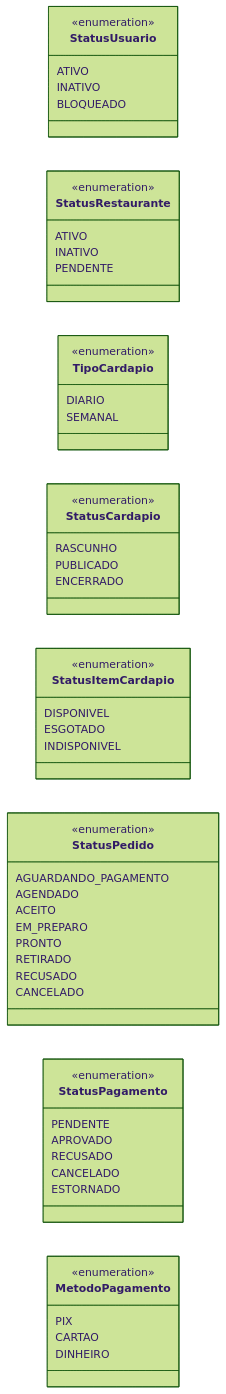
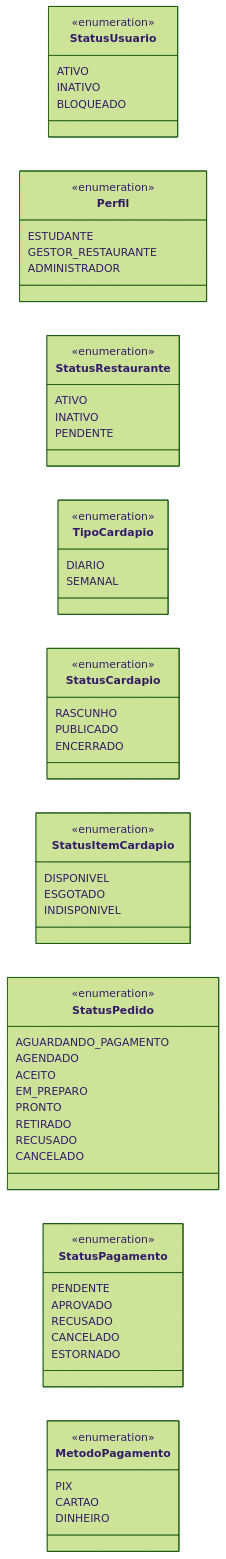
Before and after one commit to henriquesantos007/Sistema-de-Agendamento-de-Almoco: the seventh of 8 diagrams in docs/08-projeto.md, drawn with Mermaid (forest theme). The commit also changed other lines of this file, not shown here.

````diff
--- a/docs/08-projeto.md
+++ b/docs/08-projeto.md
@@ -1012,60 +1039,66 @@
 ```mermaid
 %%{init: {"flowchart": {"useMaxWidth": false}, "class": {"useMaxWidth": false}, "sequence": {"useMaxWidth": false}, "state": {"useMaxWidth": false}}}%%
 classDiagram
     direction LR
 
     class StatusUsuario {
         <<enumeration>>
         ATIVO
         INATIVO
         BLOQUEADO
+    }
+    class Perfil {
+        <<enumeration>>
+        ESTUDANTE
+        GESTOR_RESTAURANTE
+        ADMINISTRADOR
     }
     class StatusRestaurante {
         <<enumeration>>
         ATIVO
         INATIVO
         PENDENTE
     }
     class TipoCardapio {
         <<enumeration>>
         DIARIO
         SEMANAL
     }
     class StatusCardapio {
         <<enumeration>>
         RASCUNHO
         PUBLICADO
         ENCERRADO
     }
     class StatusItemCardapio {
         <<enumeration>>
         DISPONIVEL
         ESGOTADO
         INDISPONIVEL
     }
     class StatusPedido {
         <<enumeration>>
         AGUARDANDO_PAGAMENTO
         AGENDADO
         ACEITO
         EM_PREPARO
         PRONTO
         RETIRADO
         RECUSADO
         CANCELADO
     }
     class StatusPagamento {
         <<enumeration>>
         PENDENTE
         APROVADO
         RECUSADO
         CANCELADO
         ESTORNADO
     }
     class MetodoPagamento {
         <<enumeration>>
         PIX
         CARTAO
         DINHEIRO
     }
 ```
````
